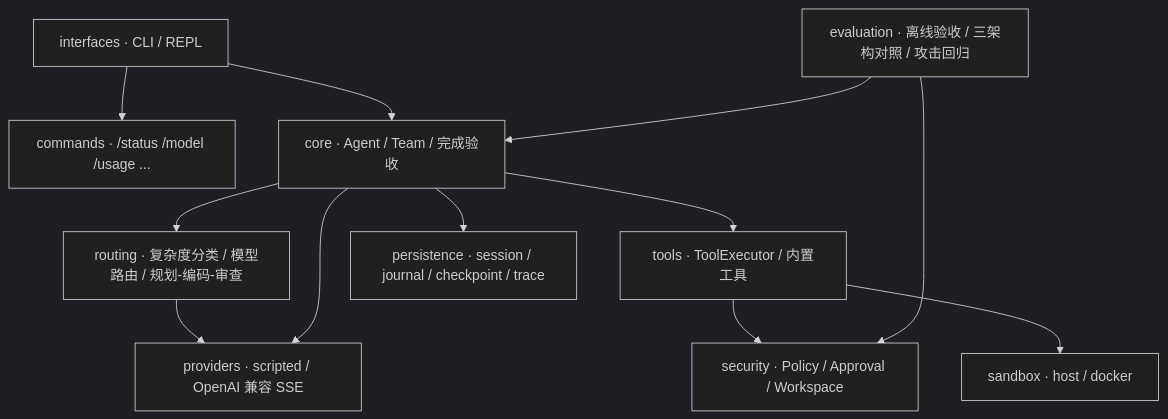
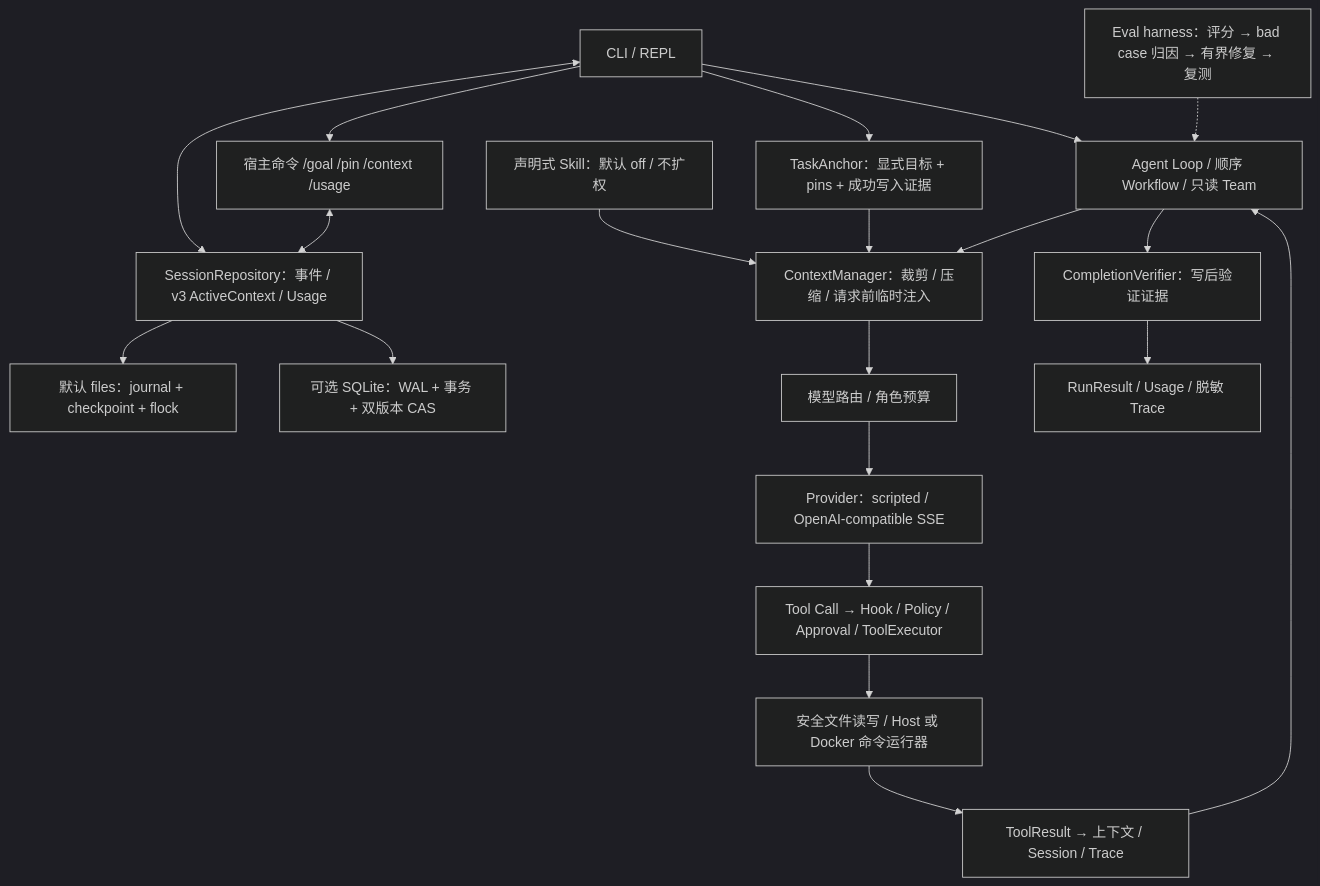
Before and after one commit to Huang1Hx/pi-claw: the diagram in README.MD, drawn with Mermaid (dark theme). The commit also changed other lines of this file, not shown here.

Commit message:
docs: refresh architecture, tradeoffs and evaluation boundaries

````diff
--- a/README.MD
+++ b/README.MD
@@ -60,14 +63,22 @@
 ```mermaid
 flowchart TD
-  CLI["interfaces · CLI / REPL"] --> CMD["commands · /status /model /usage ..."]
-  CLI --> CORE["core · Agent / Team / 完成验收"]
-  CORE --> ROUT["routing · 复杂度分类 / 模型路由 / 规划-编码-审查"]
-  CORE --> TOOLS["tools · ToolExecutor / 内置工具"]
-  CORE --> PERS["persistence · session / journal / checkpoint / trace"]
-  TOOLS --> SEC["security · Policy / Approval / Workspace"]
-  TOOLS --> SBX["sandbox · host / docker"]
-  ROUT --> PROV["providers · scripted / OpenAI 兼容 SSE"]
-  CORE --> PROV
-  EVAL["evaluation · 离线验收 / 三架构对照 / 攻击回归"] --> CORE
-  EVAL --> SEC
+  CLI["CLI / REPL"] --> CMD["宿主命令 /goal /pin /context /usage"]
+  CLI --> LOOP["Agent Loop / 顺序 Workflow / 只读 Team"]
+  CLI <--> REPO["SessionRepository：事件 / v3 ActiveContext / Usage"]
+  CMD <--> REPO
+  REPO --> FILES["默认 files：journal + checkpoint + flock"]
+  REPO --> SQL["可选 SQLite：WAL + 事务 + 双版本 CAS"]
+  CLI --> ANCHOR["TaskAnchor：显式目标 + pins + 成功写入证据"]
+  SKILL["声明式 Skill：默认 off / 不扩权"] --> CTX
+  ANCHOR --> CTX["ContextManager：裁剪 / 压缩 / 请求前临时注入"]
+  LOOP --> CTX
+  CTX --> ROUT["模型路由 / 角色预算"]
+  ROUT --> MODEL["Provider：scripted / OpenAI-compatible SSE"]
+  MODEL --> TOOL["Tool Call → Hook / Policy / Approval / ToolExecutor"]
+  TOOL --> EXEC["安全文件读写 / Host 或 Docker 命令运行器"]
+  EXEC --> RESULT["ToolResult → 上下文 / Session / Trace"]
+  RESULT --> LOOP
+  LOOP --> VERIFY["CompletionVerifier：写后验证证据"]
+  VERIFY --> OUT["RunResult / Usage / 脱敏 Trace"]
+  EVAL["Eval harness：评分 → bad case 归因 → 有界修复 → 复测"] -.-> LOOP
 ```
````
